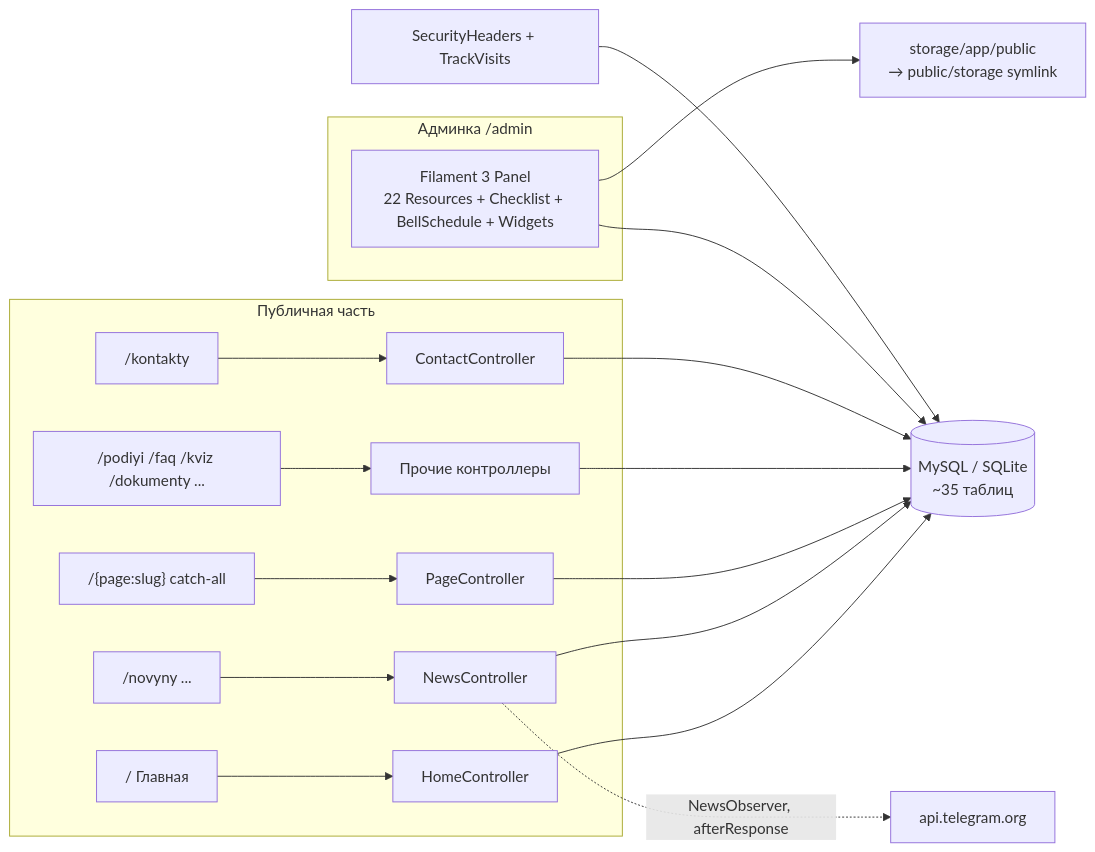
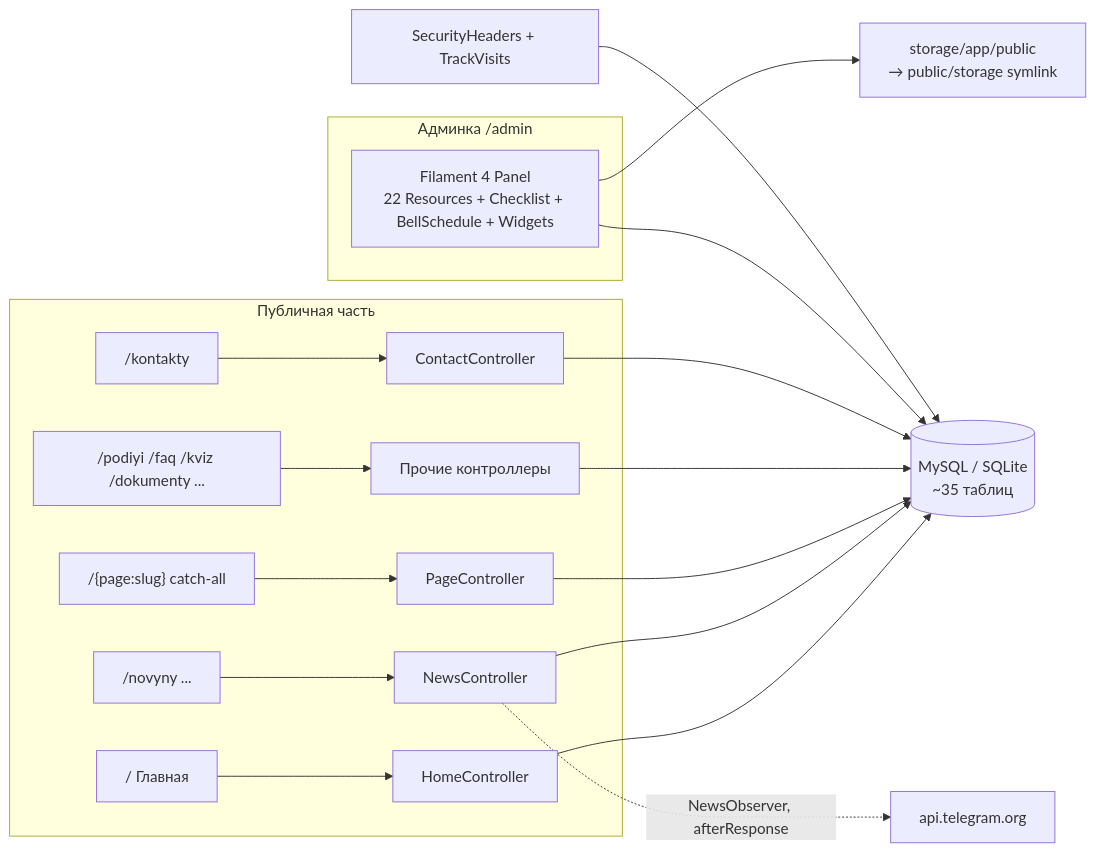
One commit to OTFC-ONTU/otfk changed the diagram in ARCHITECTURE.md. Above: the diagram before and after it, drawn with Mermaid. The commit also changed other lines of this file and 33 other files, not shown here.

````diff
--- a/ARCHITECTURE.md
+++ b/ARCHITECTURE.md
@@ -48,18 +48,18 @@
 ```mermaid
 flowchart LR
   subgraph Public["Публичная часть"]
     Home["/ Главная"] --> HomeC[HomeController]
     NewsP["/novyny ..."] --> NewsC[NewsController]
     Pages["/{page:slug} catch-all"] --> PageC[PageController]
     Contacts["/kontakty"] --> ContactC[ContactController]
     Misc["/podiyi /faq /kviz /dokumenty ..."] --> MiscC[Прочие контроллеры]
   end
   subgraph Admin["Админка /admin"]
-    Filament[Filament 3 Panel<br/>22 Resources + Checklist + BellSchedule + Widgets]
+    Filament[Filament 4 Panel<br/>22 Resources + Checklist + BellSchedule + Widgets]
   end
   HomeC & NewsC & PageC & MiscC & ContactC --> DB[(MySQL / SQLite<br/>~35 таблиц)]
   Filament --> DB
   Filament --> Storage[storage/app/public<br/>→ public/storage symlink]
   NewsC -. NewsObserver, afterResponse .-> TG[api.telegram.org]
   MW[SecurityHeaders + TrackVisits] --> DB
 ```
````
